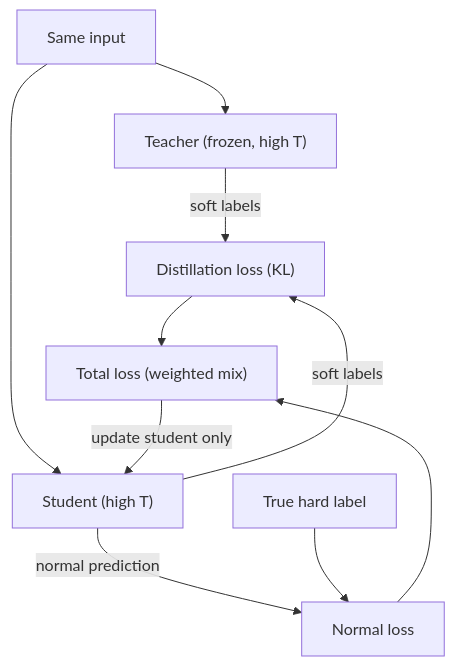
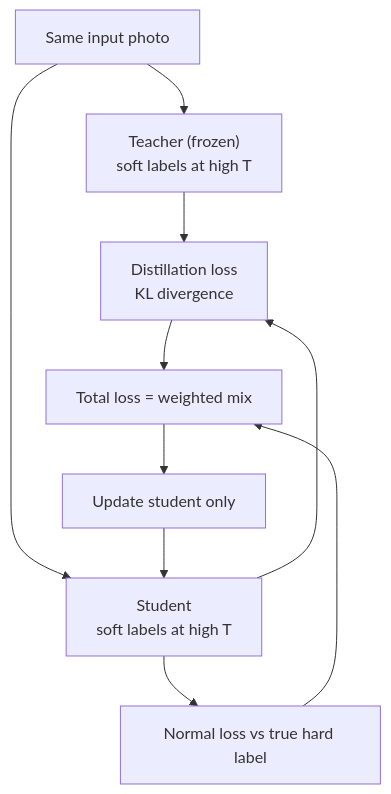
Before and after one commit to kaisarnajar/outcome-school-blogs: the first of 3 diagrams in notes/step-07-training-fine-tuning-and-alignment/086-how-does-knowledge-distillation-work.md, drawn with Mermaid. The commit also changed other lines of this file and 233 other files, not shown here.

````diff
--- a/notes/step-07-training-fine-tuning-and-alignment/086-how-does-knowledge-distillation-work.md
+++ b/notes/step-07-training-fine-tuning-and-alignment/086-how-does-knowledge-distillation-work.md
@@ -55,12 +65,12 @@
 ```mermaid
 flowchart TD
-    I["Same input"] --> TE["Teacher (frozen, high T)"]
-    I --> ST["Student (high T)"]
-    TE -->|"soft labels"| DL["Distillation loss (KL)"]
-    ST -->|"soft labels"| DL
-    ST -->|"normal prediction"| NL["Normal loss"]
-    H["True hard label"] --> NL
-    DL --> TL["Total loss (weighted mix)"]
-    NL --> TL
-    TL -->|"update student only"| ST
+X1["Same input photo"] --> T1["Teacher (frozen)<br/>soft labels at high T"]
+X1 --> S1["Student<br/>soft labels at high T"]
+T1 --> D1["Distillation loss<br/>KL divergence"]
+S1 --> D1
+S1 --> N1["Normal loss vs true hard label"]
+D1 --> L1["Total loss = weighted mix"]
+N1 --> L1
+L1 --> U1["Update student only"]
+U1 --> S1
 ```
````
